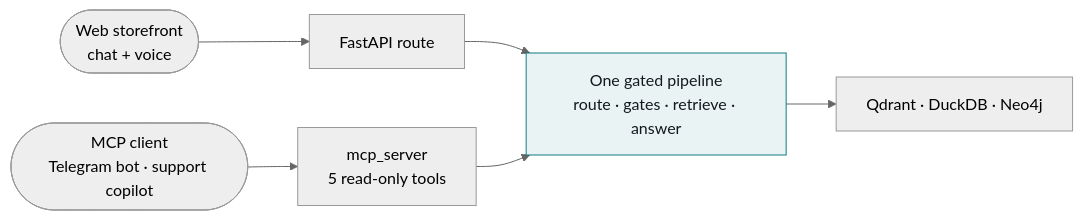
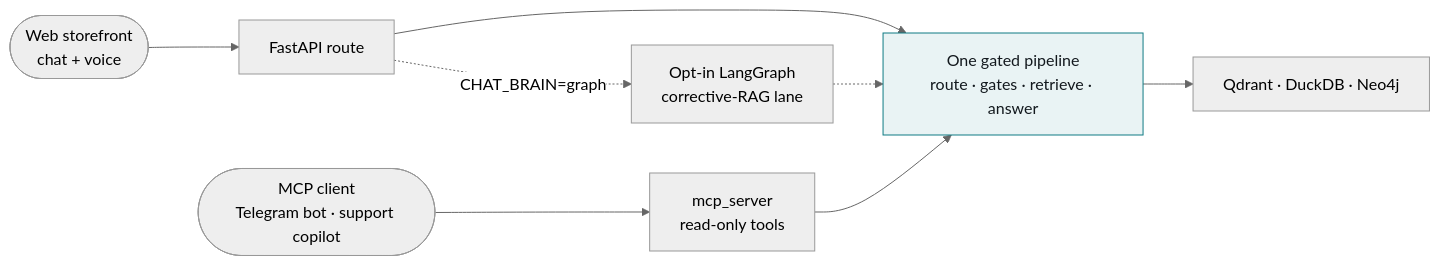
One commit to hoomanesteki/agentic-rag-knowledge-ai-platform changed the second of 2 diagrams in showcase/architecture.qmd. Above: the diagram before and after it, drawn with Mermaid (neutral theme). The commit also changed other lines of this file and 7 other files, not shown here.

First line of the commit message:
docs: currency + accuracy sweep after MCP / Telegram / LangGraph

````diff
--- a/showcase/architecture.qmd
+++ b/showcase/architecture.qmd
@@ -49,10 +49,12 @@
 ```{mermaid}
 flowchart LR
   WEB([Web storefront<br/>chat + voice]) --> API[FastAPI route]
-  MCP([MCP client<br/>Telegram bot · support copilot]) --> SRV[mcp_server<br/>5 read-only tools]
+  MCP([MCP client<br/>Telegram bot · support copilot]) --> SRV[mcp_server<br/>read-only tools]
   API --> PIPE[One gated pipeline<br/>route · gates · retrieve · answer]
+  API -.->|CHAT_BRAIN=graph| GL[Opt-in LangGraph<br/>corrective-RAG lane]
+  GL -.-> PIPE
   SRV --> PIPE
   PIPE --> ST[Qdrant · DuckDB · Neo4j]
   classDef core fill:#e9f3f4,stroke:#0f7b84,color:#13191e;
   class PIPE core;
 ```
````
